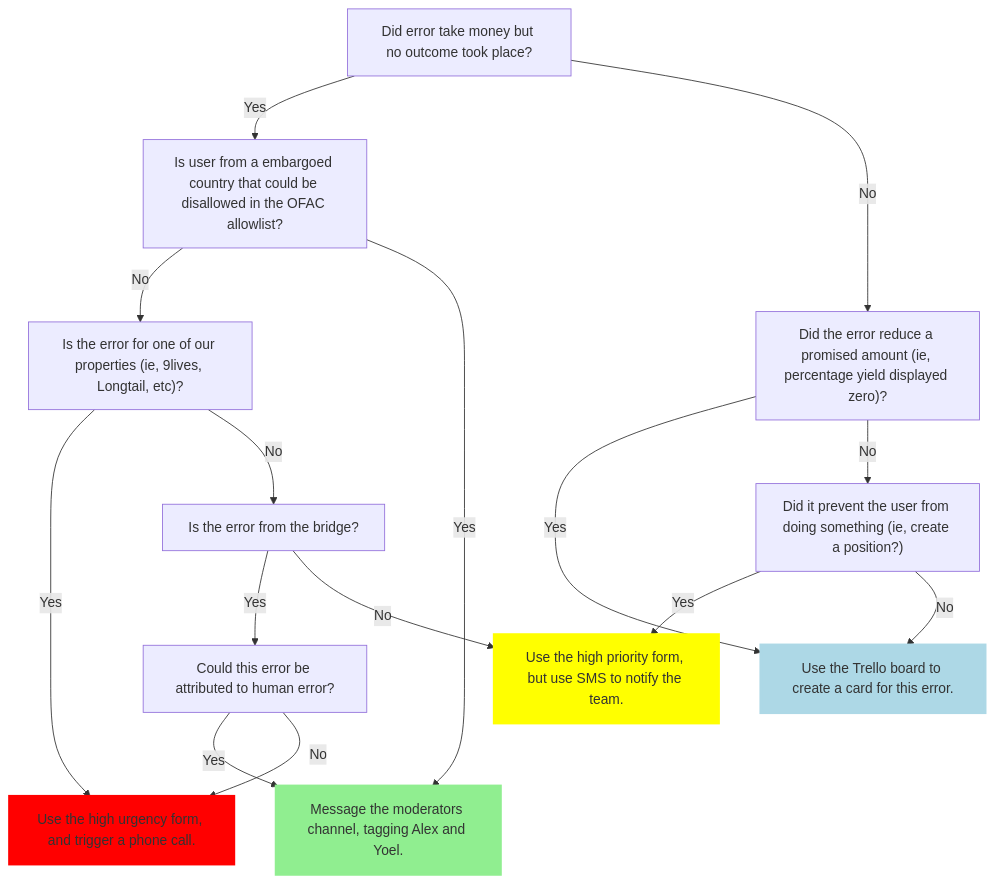
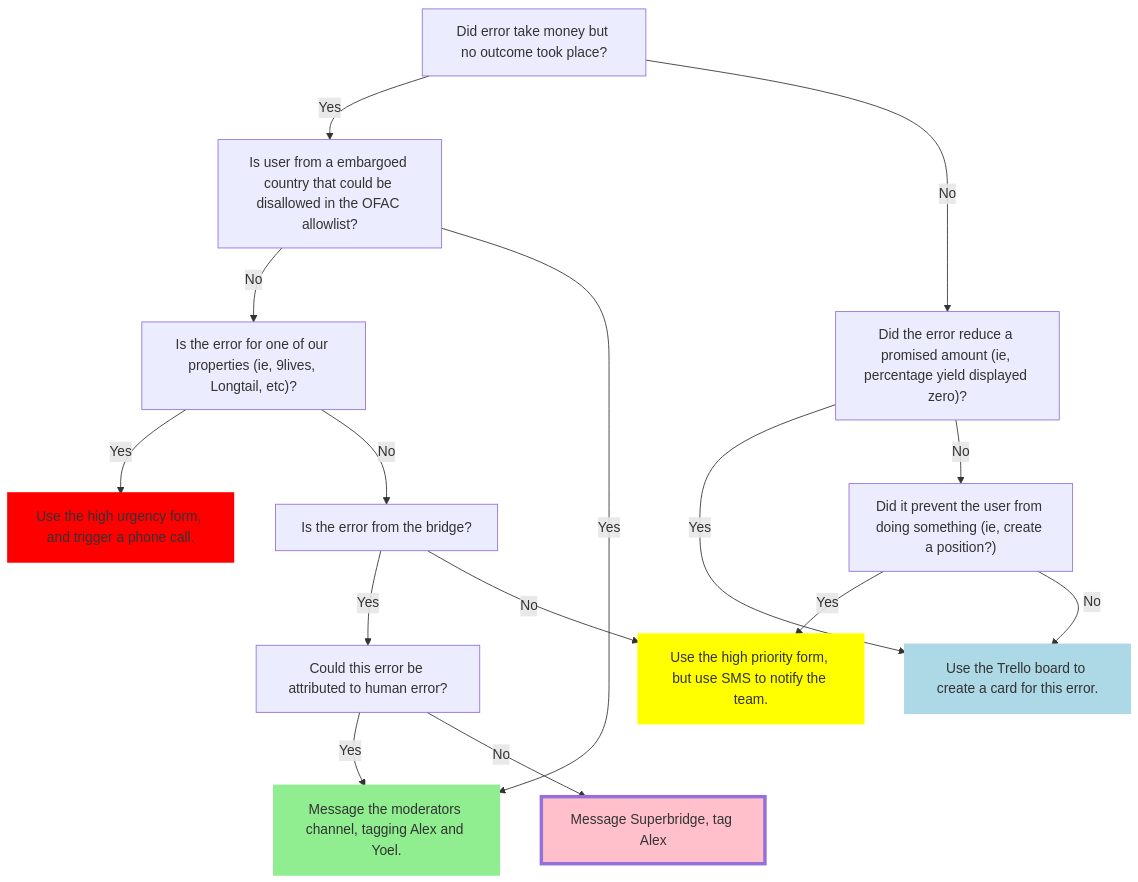
The diagram in README.md (fluidity-money/escalation-policy), drawn with Mermaid before and after one commit.

Commit message:
Message Superbridge, instead of me

````diff
--- a/README.md
+++ b/README.md
@@ -4,30 +4,31 @@
 ```mermaid
 flowchart TD
   style UseHighUrgencyFormEnableCall fill:red,stroke:red,stroke-width:4px,bold
   style UseHighUrgencyFormSMSOnly fill:yellow,stroke:yellow,stroke-width:4px,bold
   style UseTrello fill:lightblue,stroke:lightblue,stroke-width:4px,bold
   style MessageModeratorsChannel fill:lightgreen,stroke:lightgreen,stroke-width:4px,bold
+  style MessageSuperbridge fill:pink,stoke:pink,stroke-width:4px,bold
 
   DidErrorTakeMoney[Did error take money but no outcome took place?] -->
   |Yes| IsUserEmbargoed[Is user from a embargoed country that could be disallowed in the OFAC allowlist?] -->
   |No| IsErrorForOneOfOurs["Is the error for one of our properties (ie, 9lives, Longtail, etc)?"] -->
   |Yes| UseHighUrgencyFormEnableCall[Use the high urgency form, and trigger a phone call.]
 
   IsUserEmbargoed -->|Yes| MessageModeratorsChannel
 
   IsErrorForOneOfOurs -->|No| IsErrorForBridge[Is the error from the bridge?]
   --> |Yes| CouldErrorBeReasonablyAttributedToHumanErrorBridge[Could this error be attributed to human error?]
   --> |Yes| MessageModeratorsChannel[Message the moderators channel, tagging Alex and Yoel.]
   IsErrorForBridge -->|No| UseHighUrgencyFormSMSOnly[Use the high priority form, but use SMS to notify the team.]
 
-  CouldErrorBeReasonablyAttributedToHumanErrorBridge -->|No| UseHighUrgencyFormEnableCall
+  CouldErrorBeReasonablyAttributedToHumanErrorBridge -->|No| MessageSuperbridge[Message Superbridge, tag Alex]
 
   DidErrorTakeMoney -->
   |No| DidErrorReducePromisedAmount["Did the error reduce a promised amount (ie, percentage yield displayed zero)?"] -->
   |Yes| UseTrello[Use the Trello board to create a card for this error.]
 
   DidErrorReducePromisedAmount -->
   |No| DidItPreventTheAction["Did it prevent the user from doing something (ie, create a position?)"] -->
   |Yes| UseHighUrgencyFormSMSOnly
   DidItPreventTheAction -->|No| UseTrello
 ```
````
